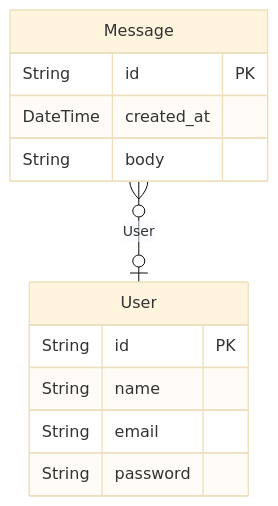
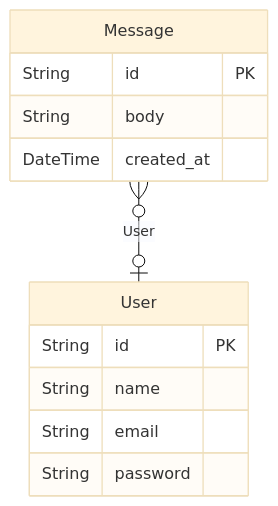
The diagram in documents/db/erd.md (na2na-p/sns-app), drawn with Mermaid (base theme) before and after one commit. The commit also changed other lines of this file and 1 other file, not shown here.

Commit message:
Update schema

````diff
--- a/documents/db/erd.md
+++ b/documents/db/erd.md
@@ -1,19 +1,19 @@
 ```mermaid
 erDiagram
 
   User {
     String id PK 
     String name  
     String email  
     String password  
     }
   
 
   Message {
     String id PK 
+    String body  
     DateTime created_at  
-    String body  
     }
   
     Message o{--|o User : "User"
 ```
````
